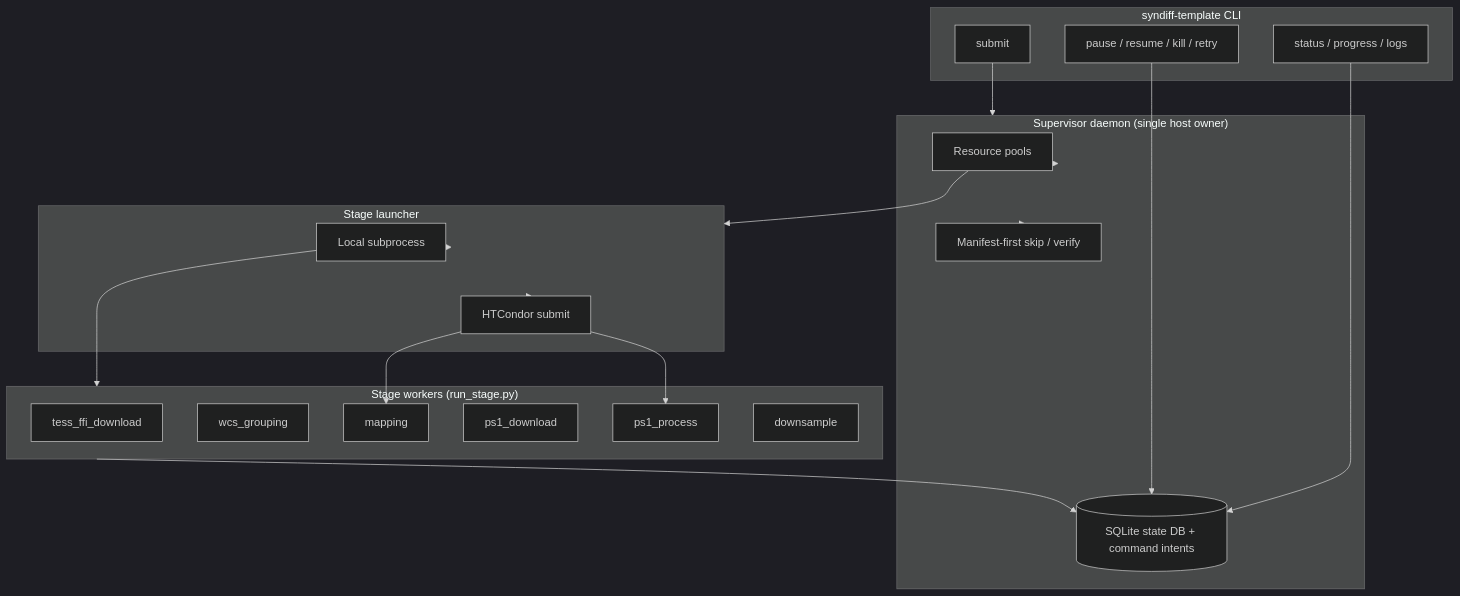
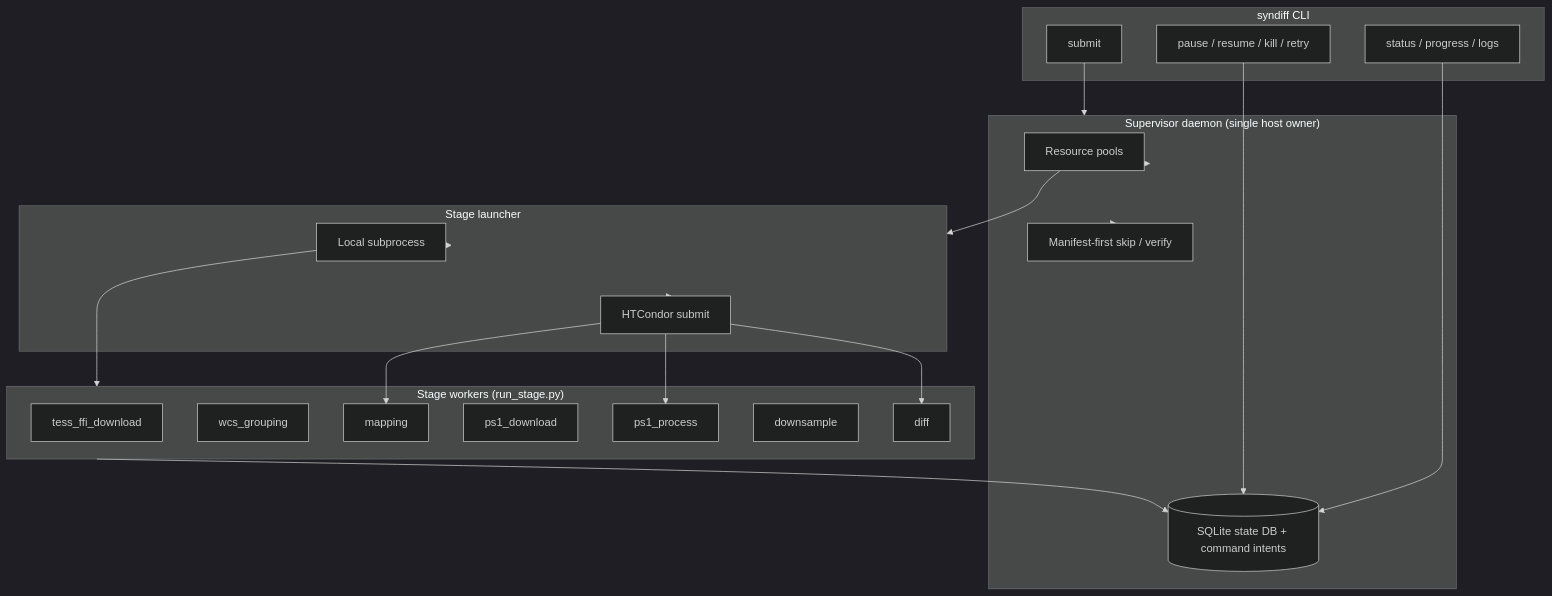
One commit to zoutei/TSST_syndiff_pipeline changed the diagram in docs/template_pipeline.md. Above: the diagram before and after it, drawn with Mermaid (dark theme). The commit also changed other lines of this file and 26 other files, not shown here.

````diff
--- a/docs/template_pipeline.md
+++ b/docs/template_pipeline.md
@@ -99,41 +111,43 @@
 ```mermaid
 flowchart TB
-    subgraph CLI["syndiff-template CLI"]
+    subgraph CLI["syndiff CLI"]
         submit[submit]
         monitor[status / progress / logs]
         control[pause / resume / kill / retry]
     end
 
     subgraph Daemon["Supervisor daemon (single host owner)"]
         pools[Resource pools]
         sqlite[(SQLite state DB + command intents)]
         skip[Manifest-first skip / verify]
     end
 
     subgraph Launch["Stage launcher"]
         local[Local subprocess]
         condor[HTCondor submit]
     end
 
     subgraph Stages["Stage workers (run_stage.py)"]
         s1[tess_ffi_download]
         s2[wcs_grouping]
         s3[mapping]
         s4[ps1_download]
         s5[ps1_process]
         s6[downsample]
+        s7[diff]
     end
 
     submit --> Daemon
     monitor --> sqlite
     control --> sqlite
     Daemon --> pools
     Daemon --> skip
     pools --> Launch
     Launch --> local
     Launch --> condor
     local --> Stages
     condor --> s3
     condor --> s5
+    condor --> s7
     Stages --> sqlite
 ```
````
